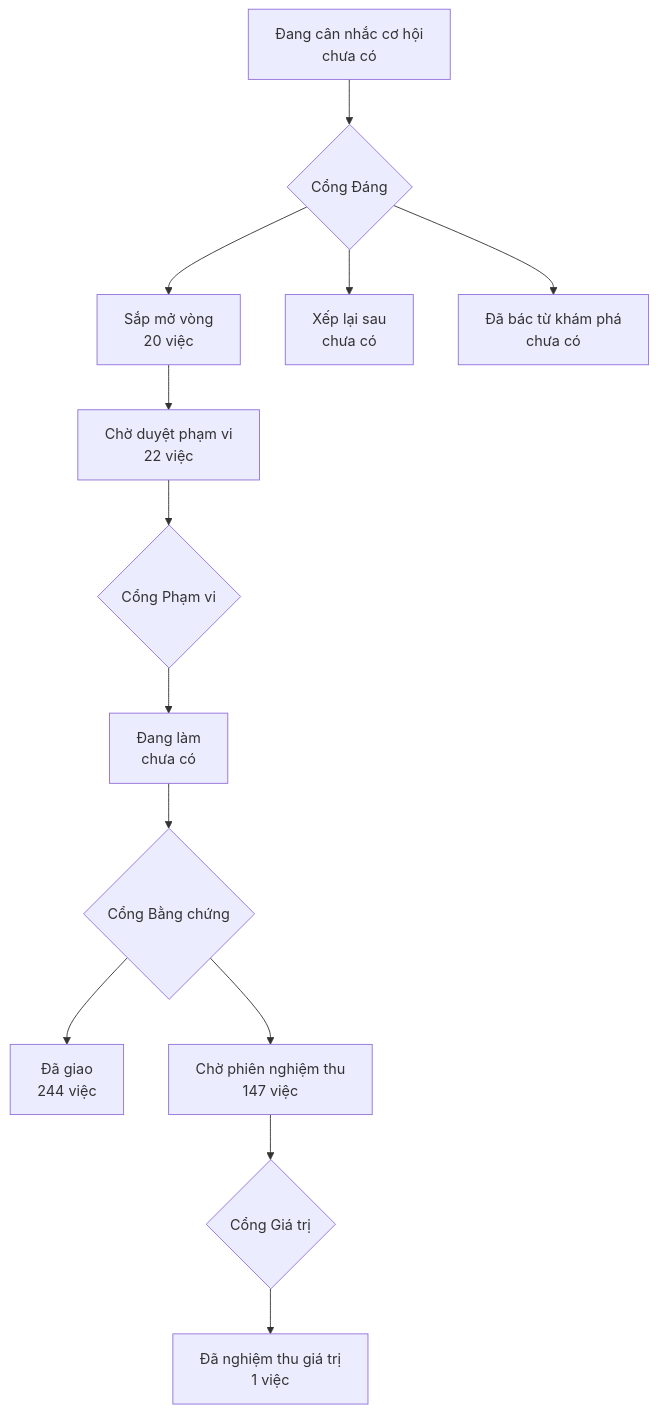
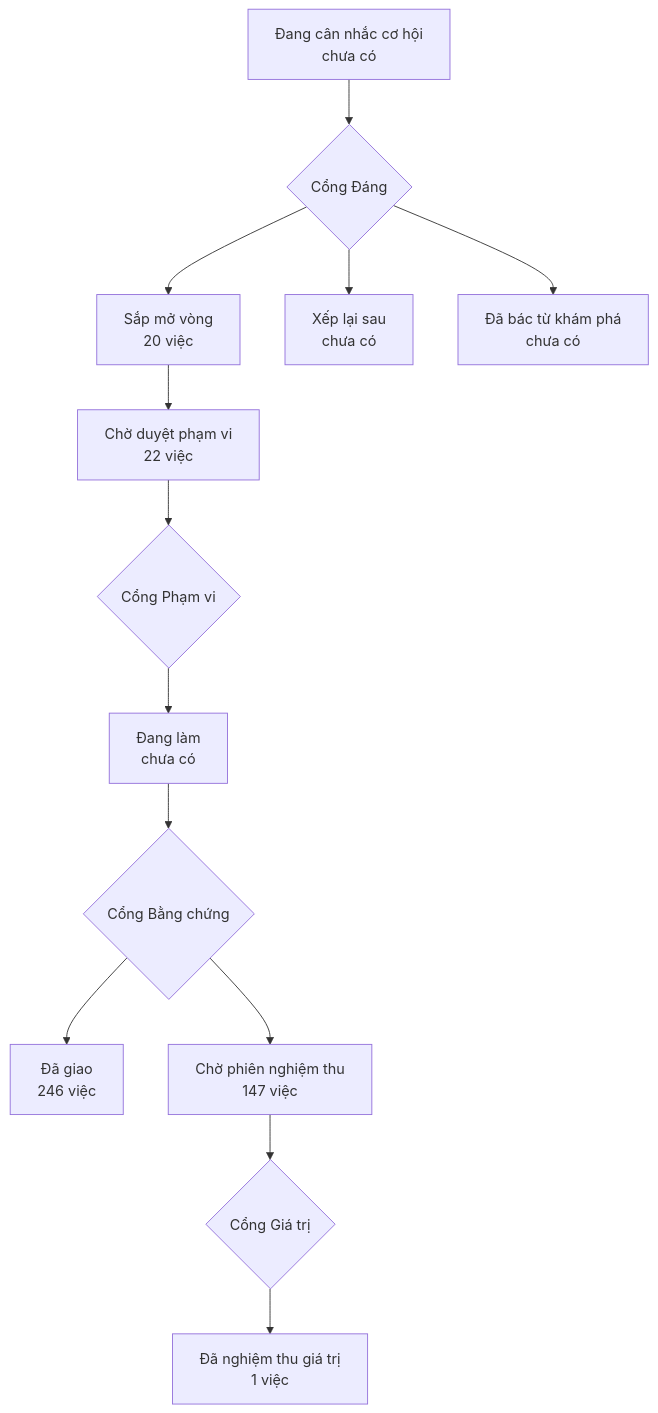
The diagram in PRODUCT-MAP.md (phanlemanh/onehub-invest), drawn with Mermaid before and after one commit. The commit also changed other lines of this file and 1 other file, not shown here.

Commit message:
chore(map): sinh lại PRODUCT-MAP, LO-TRINH sau gộp main (danh-ba-ops-gop-cau-s16-va-nhan)

````diff
--- a/PRODUCT-MAP.md
+++ b/PRODUCT-MAP.md
@@ -7,12 +7,12 @@
 ```mermaid
 flowchart TD
   A["Đang cân nhắc cơ hội<br/>chưa có"] --> GD{"Cổng Đáng"}
   GD --> B["Sắp mở vòng<br/>20 việc"]
   GD --> XL["Xếp lại sau<br/>chưa có"]
   GD --> DB["Đã bác từ khám phá<br/>chưa có"]
   B --> CD["Chờ duyệt phạm vi<br/>22 việc"] --> GP{"Cổng Phạm vi"}
   GP --> DL["Đang làm<br/>chưa có"] --> GB{"Cổng Bằng chứng"}
-  GB --> DG["Đã giao<br/>244 việc"]
+  GB --> DG["Đã giao<br/>246 việc"]
   GB --> CN["Chờ phiên nghiệm thu<br/>147 việc"] --> GG{"Cổng Giá trị"}
   GG --> NT["Đã nghiệm thu giá trị<br/>1 việc"]
 ```
````
